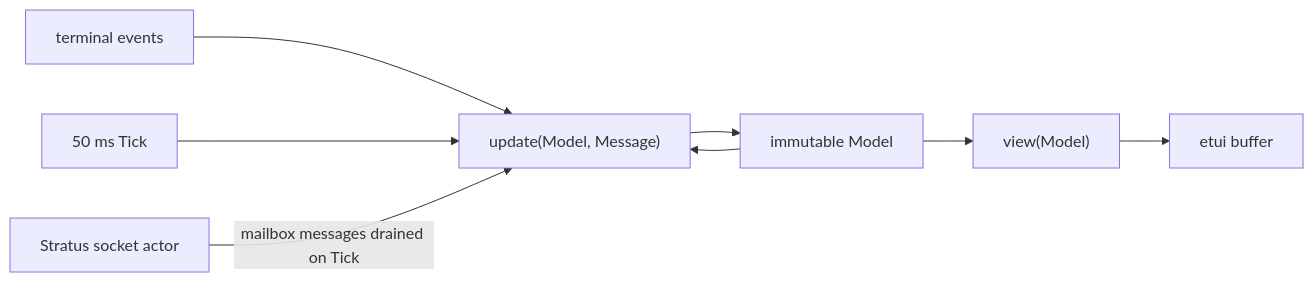
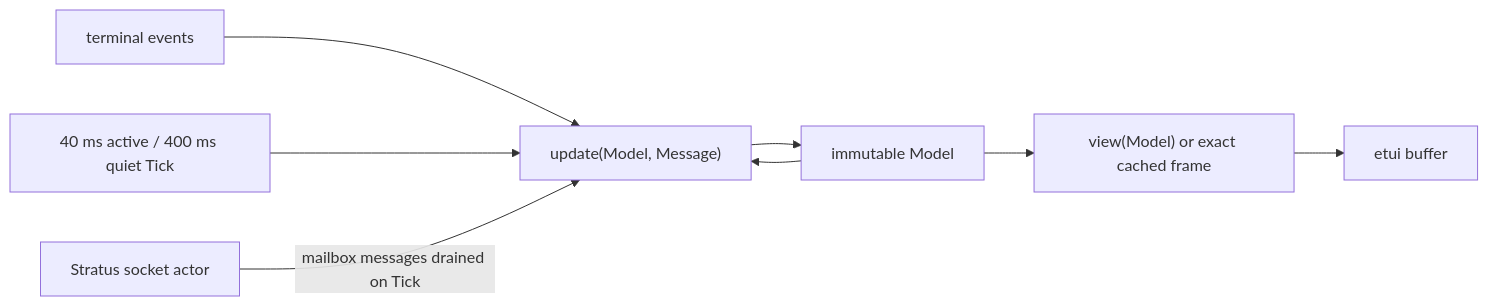
Before and after one commit to Roasbeef/loom: the first of 2 diagrams in packages/tui_gleam/README.md, drawn with Mermaid. The commit also changed 5 other files, not shown here.

````diff
--- a/packages/tui_gleam/README.md
+++ b/packages/tui_gleam/README.md
@@ -21,17 +21,17 @@
 ```mermaid
 flowchart LR
     Keys["terminal events"]
-    Tick["50 ms Tick"]
+    Tick["40 ms active / 400 ms quiet Tick"]
     Sock["Stratus socket actor"]
     Update["update(Model, Message)"]
     Model["immutable Model"]
-    View["view(Model)"]
+    View["view(Model) or exact cached frame"]
     Screen["etui buffer"]
 
     Keys --> Update
     Tick --> Update
     Sock -->|"mailbox messages drained on Tick"| Update
     Model --> Update
     Update --> Model
     Model --> View --> Screen
 ```
````
